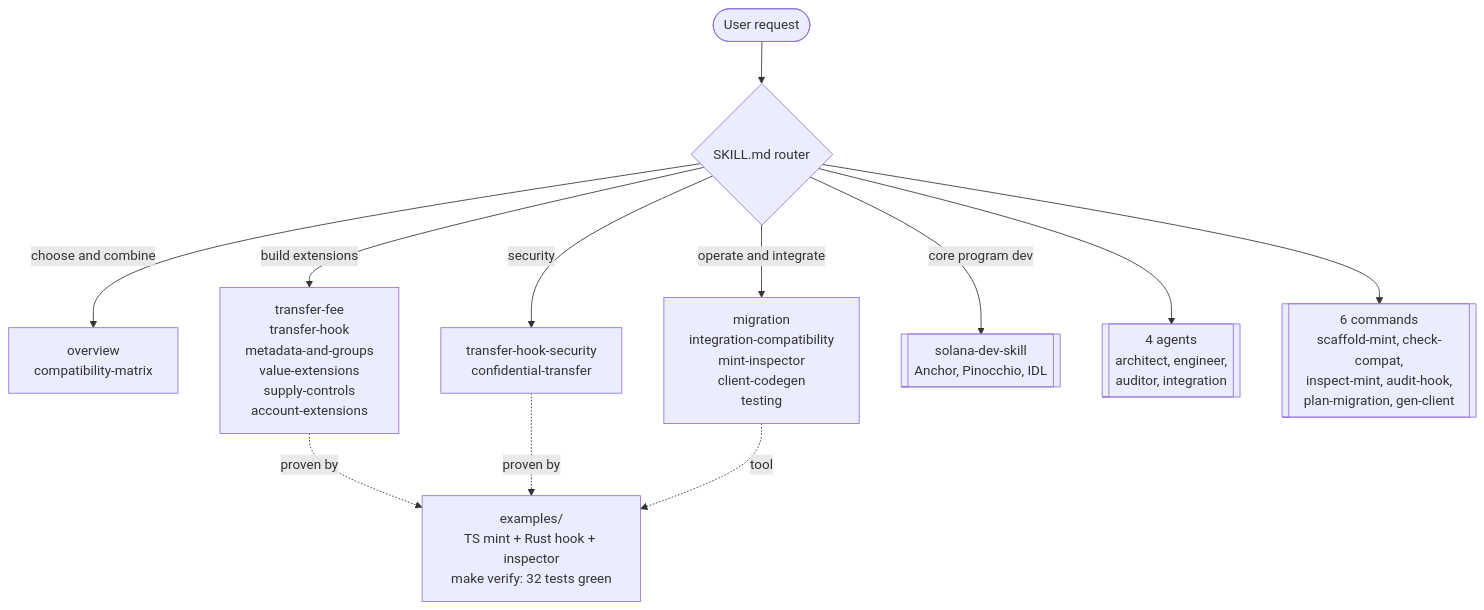
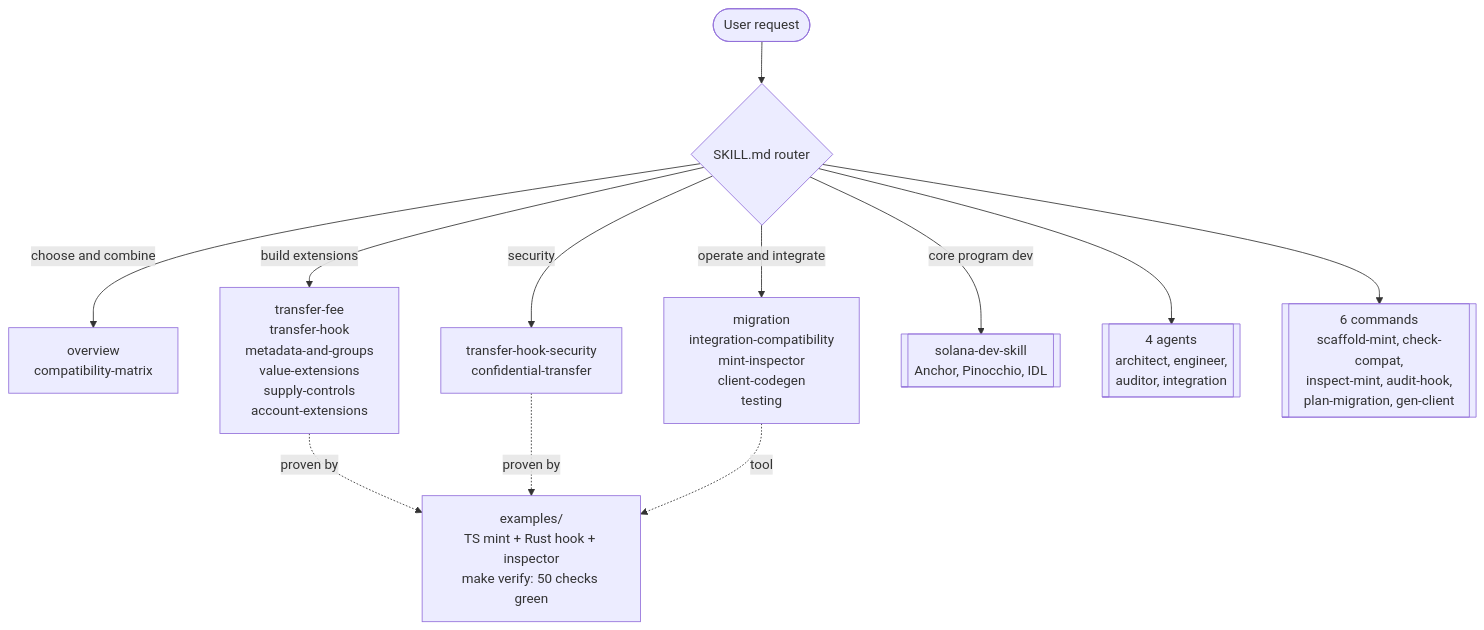
The diagram in README.md (Andy00L/solana-token-extensions-skill), drawn with Mermaid before and after one commit. The commit also changed other lines of this file and 10 other files, not shown here.

````diff
--- a/README.md
+++ b/README.md
@@ -16,14 +16,14 @@
 ```mermaid
 flowchart TD
     U([User request]) --> R{SKILL.md router}
     R -->|choose and combine| C["overview<br/>compatibility-matrix"]
     R -->|build extensions| B["transfer-fee<br/>transfer-hook<br/>metadata-and-groups<br/>value-extensions<br/>supply-controls<br/>account-extensions"]
     R -->|operate and integrate| O["migration<br/>integration-compatibility<br/>mint-inspector<br/>client-codegen<br/>testing"]
     R -->|security| S["transfer-hook-security<br/>confidential-transfer"]
     R -->|core program dev| CORE[["solana-dev-skill<br/>Anchor, Pinocchio, IDL"]]
     R --> AG[["4 agents<br/>architect, engineer,<br/>auditor, integration"]]
     R --> CMD[["6 commands<br/>scaffold-mint, check-compat,<br/>inspect-mint, audit-hook,<br/>plan-migration, gen-client"]]
-    B -.proven by.-> EX["examples/<br/>TS mint + Rust hook + inspector<br/>make verify: 32 tests green"]
+    B -.proven by.-> EX["examples/<br/>TS mint + Rust hook + inspector<br/>make verify: 50 checks green"]
     S -.proven by.-> EX
     O -.tool.-> EX
 ```
````
